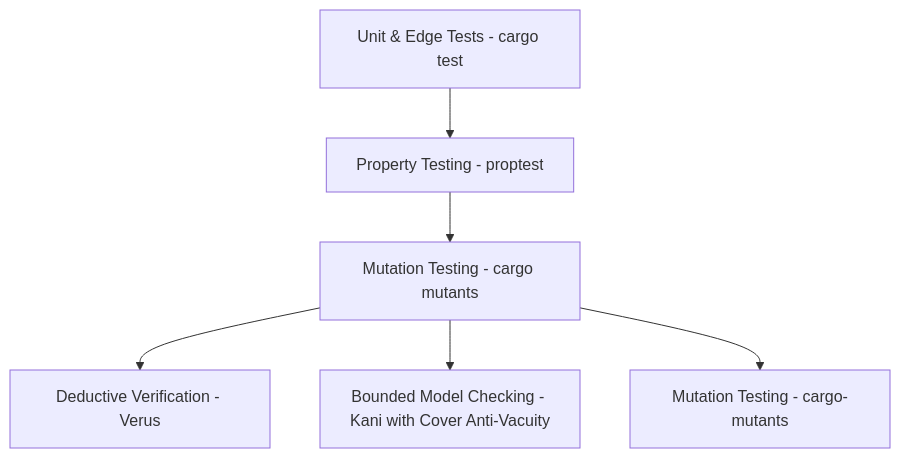
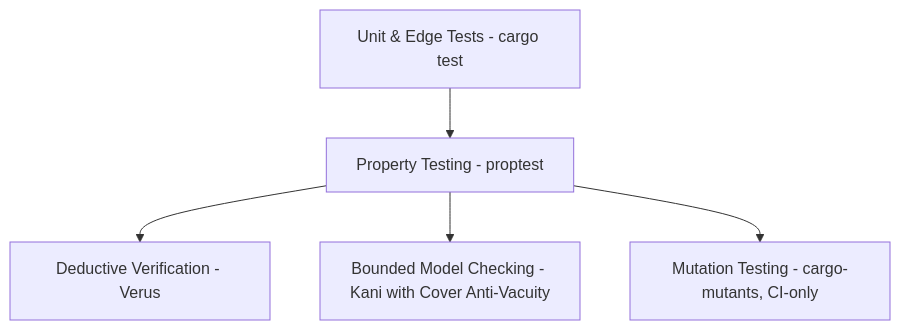
Before and after one commit to mike10010100/skyauth: the diagram in PRD.md, drawn with Mermaid. The commit also changed other lines of this file and 2 other files, not shown here.

First line of the commit message:
docs: mutation testing is CI-only; remove local runner after disk-fill incident

````diff
--- a/PRD.md
+++ b/PRD.md
@@ -170,8 +170,7 @@
 ```mermaid
 graph TD
     A[Unit & Edge Tests - cargo test] --> B[Property Testing - proptest]
-    B --> C[Mutation Testing - cargo mutants]
-    C --> D[Deductive Verification - Verus]
-    C --> E[Bounded Model Checking - Kani with Cover Anti-Vacuity]
-    C --> F[Mutation Testing - cargo-mutants]
+    B --> D[Deductive Verification - Verus]
+    B --> E[Bounded Model Checking - Kani with Cover Anti-Vacuity]
+    B --> F[Mutation Testing - cargo-mutants, CI-only]
 ```
````
